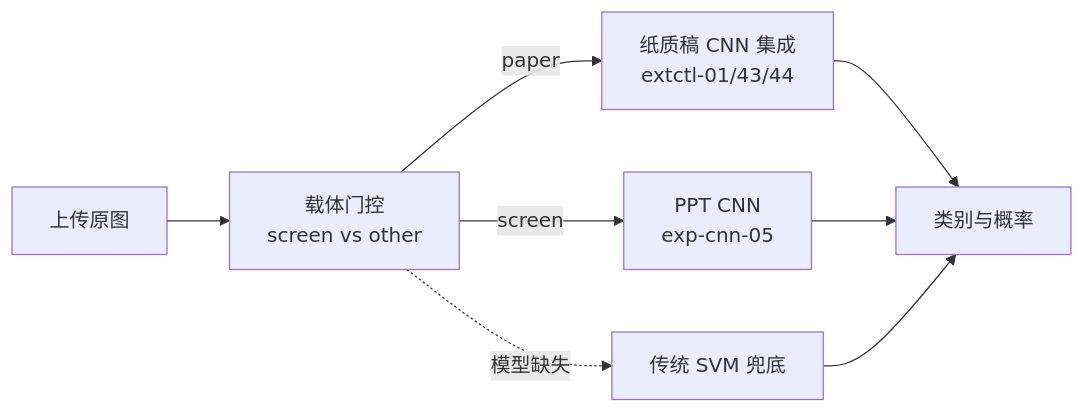
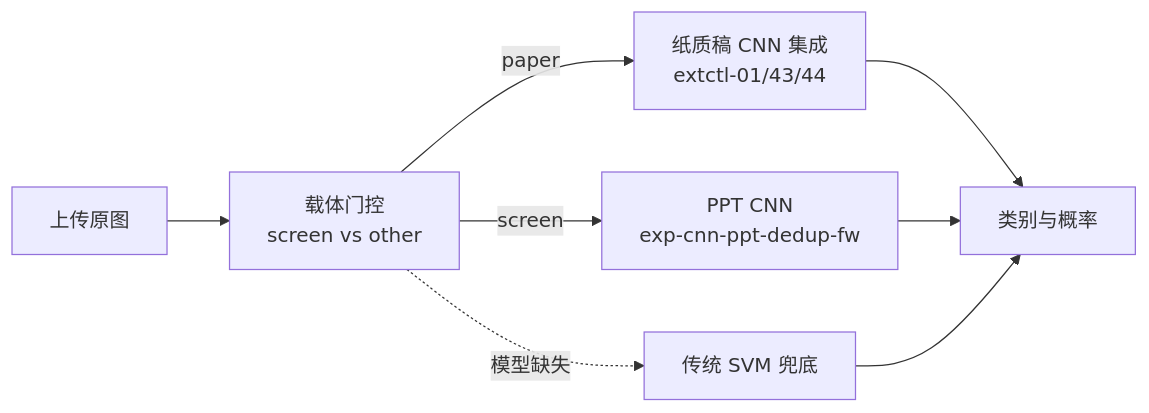
One commit to LosproeOcl/wut-ml-task06-doc-normalizer changed the fifth of 7 diagrams in docs/03-架构设计.md. Above: the diagram before and after it, drawn with Mermaid. The commit also changed other lines of this file and 115 other files, not shown here.

````diff
--- a/docs/03-架构设计.md
+++ b/docs/03-架构设计.md
@@ -158,10 +158,10 @@
 ```mermaid
 flowchart LR
     I[上传原图] --> G[载体门控<br/>screen vs other]
     G -- paper --> P[纸质稿 CNN 集成<br/>extctl-01/43/44]
-    G -- screen --> S[PPT CNN<br/>exp-cnn-05]
+    G -- screen --> S[PPT CNN<br/>exp-cnn-ppt-dedup-fw]
     G -. 模型缺失 .-> C[传统 SVM 兜底]
     P --> R[类别与概率]
     S --> R
     C --> R
 ```
````
